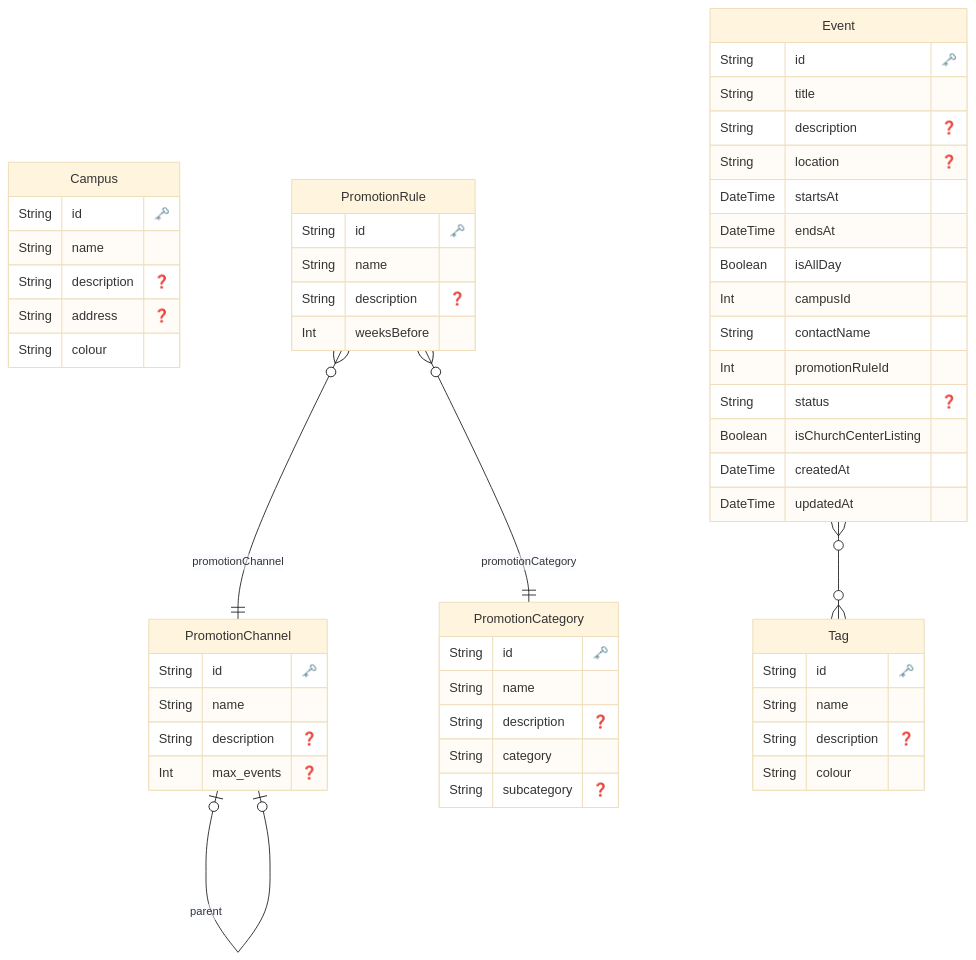
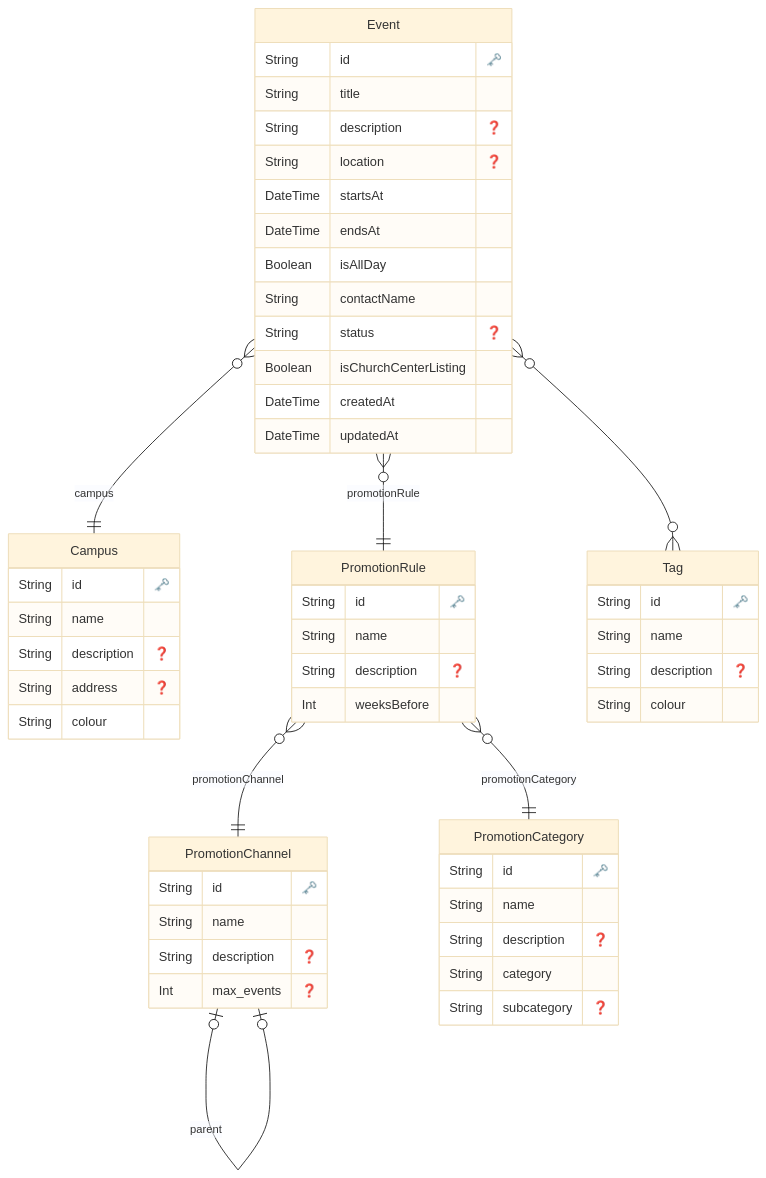
One commit to stevethewright/church-comms changed the diagram in prisma/ERD.md. Above: the diagram before and after it, drawn with Mermaid (base theme).

Commit message:
update: ERD.md

````diff
--- a/prisma/ERD.md
+++ b/prisma/ERD.md
@@ -1,67 +1,67 @@
 ```mermaid
 erDiagram
 
   "Campus" {
     String id "🗝️"
     String name
     String description "❓"
     String address "❓"
     String colour
     }
 
 
   "PromotionChannel" {
     String id "🗝️"
     String name
     String description "❓"
     Int max_events "❓"
     }
 
 
   "PromotionRule" {
     String id "🗝️"
     String name
     String description "❓"
     Int weeksBefore
     }
 
 
   "PromotionCategory" {
     String id "🗝️"
     String name
     String description "❓"
     String category
     String subcategory "❓"
     }
 
 
   "Event" {
     String id "🗝️"
     String title
     String description "❓"
     String location "❓"
     DateTime startsAt
     DateTime endsAt
     Boolean isAllDay
-    Int campusId
     String contactName
-    Int promotionRuleId
     String status "❓"
     Boolean isChurchCenterListing
     DateTime createdAt
     DateTime updatedAt
     }
 
 
   "Tag" {
     String id "🗝️"
     String name
     String description "❓"
     String colour
     }
 
     "PromotionChannel" |o--|o "PromotionChannel" : "parent"
     "PromotionRule" }o--|| "PromotionChannel" : "promotionChannel"
     "PromotionRule" }o--|| "PromotionCategory" : "promotionCategory"
+    "Event" }o--|| "Campus" : "campus"
+    "Event" }o--|| "PromotionRule" : "promotionRule"
     "Event" o{--}o "Tag" : ""
 ```
````
